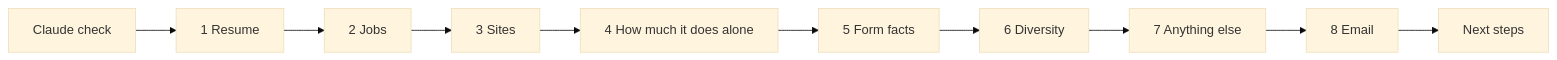
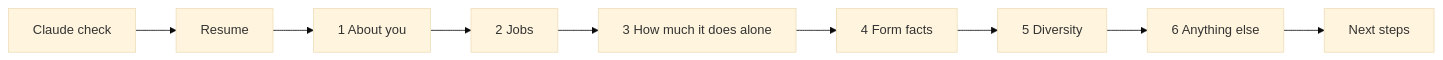
Before and after one commit to Avijit07x/truapply: the second of 2 diagrams in docs/setup-questions.md, drawn with Mermaid (base theme). The commit also changed other lines of this file and 17 other files, not shown here.

````diff
--- a/docs/setup-questions.md
+++ b/docs/setup-questions.md
@@ -10,5 +80,5 @@
 ```mermaid
 flowchart LR
-  c[Claude check] --> r[1 Resume] --> j[2 Jobs] --> s[3 Sites] --> a[4 How much it does alone]
-  a --> f[5 Form facts] --> d[6 Diversity] --> e[7 Anything else] --> m[8 Email] --> done[Next steps]
+  c[Claude check] --> r[Resume] --> b[1 About you] --> j[2 Jobs] --> a[3 How much it does alone]
+  a --> f[4 Form facts] --> d[5 Diversity] --> e[6 Anything else] --> done[Next steps]
 ```
````
